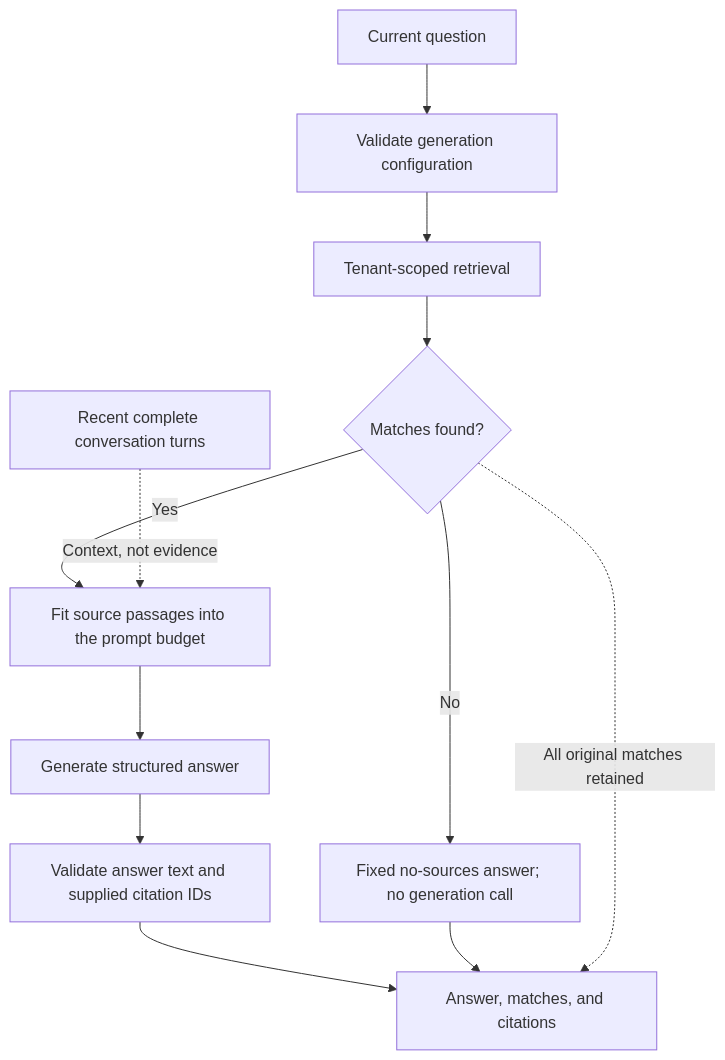
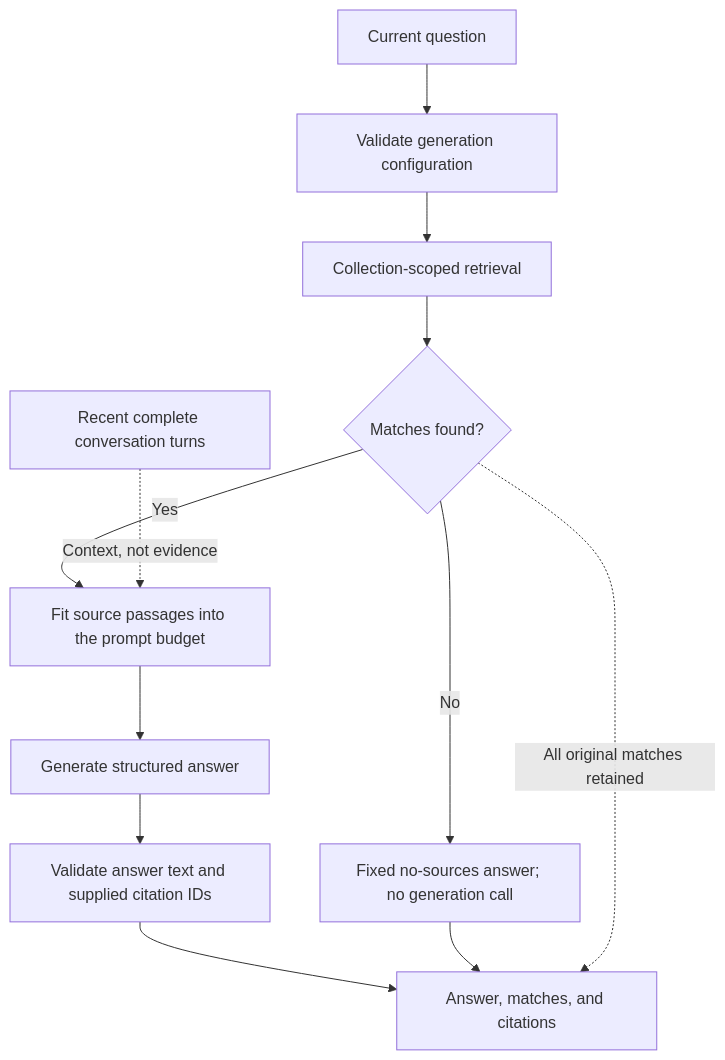
Before and after one commit to richard-costa/rag-mtst: the diagram in docs/explanation/retrieval.md, drawn with Mermaid. The commit also changed other lines of this file and 65 other files, not shown here.

````diff
--- a/docs/explanation/retrieval.md
+++ b/docs/explanation/retrieval.md
@@ -45,19 +45,19 @@
 ```mermaid
 ---
 config:
   flowchart:
     useMaxWidth: false
 ---
 flowchart TB
 	question[Current question] --> config[Validate generation configuration]
-	config --> search[Tenant-scoped retrieval]
+	config --> search[Collection-scoped retrieval]
 	search --> found{Matches found?}
 	found -->|No| empty[Fixed no-sources answer; no generation call]
 	found -->|Yes| context[Fit source passages into the prompt budget]
 	history[Recent complete conversation turns] -.->|Context, not evidence| context
 	context --> model[Generate structured answer]
 	model --> validate[Validate answer text and supplied citation IDs]
 	validate --> response[Answer, matches, and citations]
 	empty --> response
 	found -.->|All original matches retained| response
 ```
````
